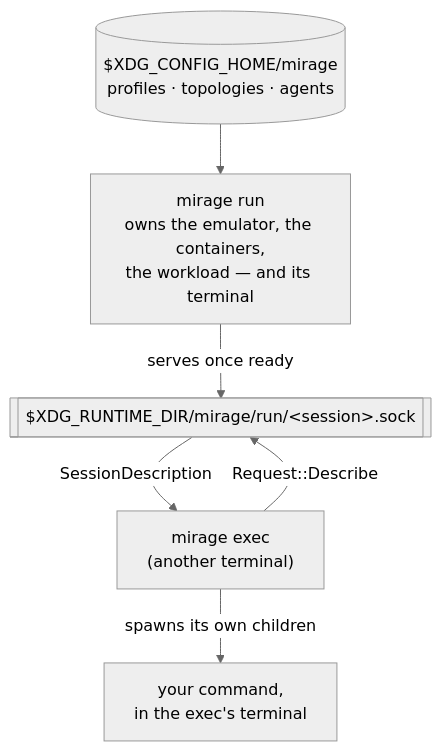
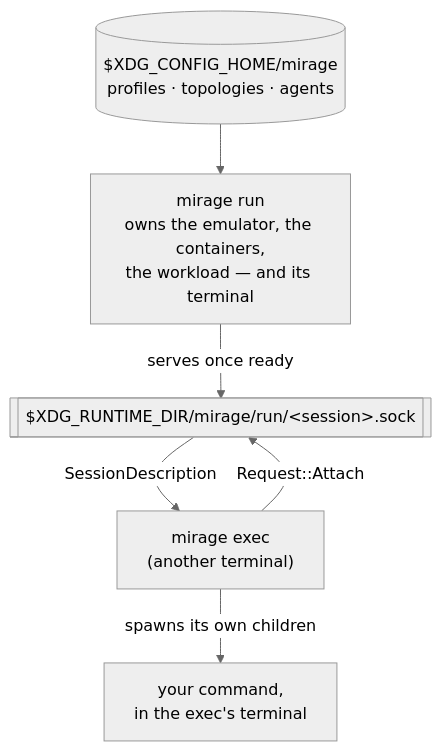
The third of 14 diagrams in emulation/mirage/docs/demo-debugging-at-scale.md (ROCm/rocm-systems), drawn with Mermaid (neutral theme) before and after one commit. The commit also changed other lines of this file and 9 other files, not shown here.

````diff
--- a/emulation/mirage/docs/demo-debugging-at-scale.md
+++ b/emulation/mirage/docs/demo-debugging-at-scale.md
@@ -139,13 +139,13 @@
 ```mermaid
 flowchart TB
     CFG[("$XDG_CONFIG_HOME/mirage<br/>profiles · topologies · agents")]
     RUN["mirage run<br/>owns the emulator, the containers,<br/>the workload — and its terminal"]
     SOCK[["$XDG_RUNTIME_DIR/mirage/run/&lt;session&gt;.sock"]]
     EX["mirage exec<br/>(another terminal)"]
 
     CFG --> RUN
     RUN -->|"serves once ready"| SOCK
-    EX -->|"Request::Describe"| SOCK
+    EX -->|"Request::Attach"| SOCK
     SOCK -->|"SessionDescription"| EX
     EX -->|"spawns its own children"| W["your command,<br/>in the exec's terminal"]
 ```
````
